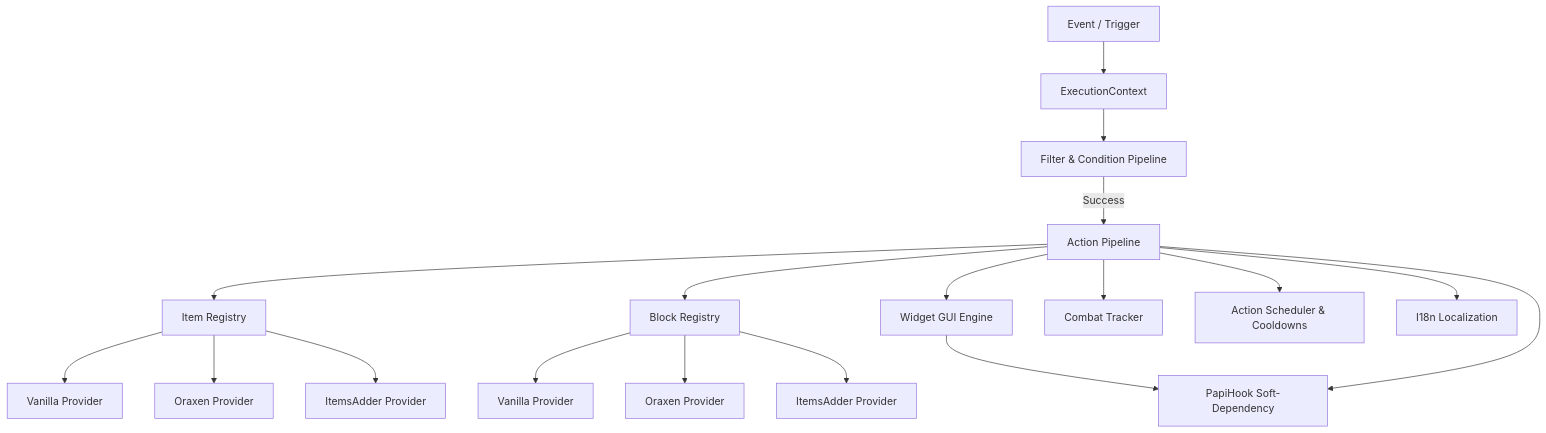
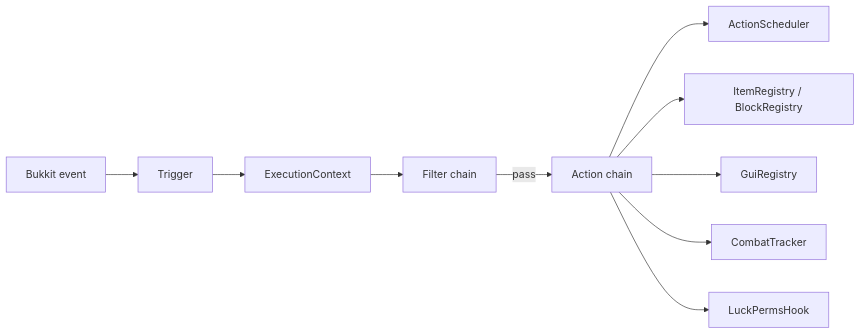
The diagram in docs/en/ARCHITECTURE.md (kostin-ak/ActionsAndTriggers), drawn with Mermaid before and after one commit. The commit also changed other lines of this file and 31 other files, not shown here.

````diff
--- a/docs/en/ARCHITECTURE.md
+++ b/docs/en/ARCHITECTURE.md
@@ -12,23 +23,12 @@
 ```mermaid
-graph TD
-    Trigger[Event / Trigger] --> Context[ExecutionContext]
-    Context --> FilterPipeline[Filter & Condition Pipeline]
-    FilterPipeline -->|Success| ActionPipeline[Action Pipeline]
-    ActionPipeline --> ItemRegistry[Item Registry]
-    ActionPipeline --> BlockRegistry[Block Registry]
-    ActionPipeline --> GuiEngine[Widget GUI Engine]
-    ActionPipeline --> CombatTracker[Combat Tracker]
-    ActionPipeline --> Scheduler[Action Scheduler & Cooldowns]
-    
-    ItemRegistry --> VanillaItem[Vanilla Provider]
-    ItemRegistry --> OraxenItem[Oraxen Provider]
-    ItemRegistry --> IAItem[ItemsAdder Provider]
-    
-    BlockRegistry --> VanillaBlock[Vanilla Provider]
-    BlockRegistry --> OraxenBlock[Oraxen Provider]
-    BlockRegistry --> IABlock[ItemsAdder Provider]
-    
-    GuiEngine --> PapiHook[PapiHook Soft-Dependency]
-    ActionPipeline --> PapiHook
-    ActionPipeline --> I18n[I18n Localization]
+graph LR
+    Event[Bukkit event] --> Trigger[Trigger]
+    Trigger --> Context[ExecutionContext]
+    Context --> Filters[Filter chain]
+    Filters -->|pass| Actions[Action chain]
+    Actions --> Scheduler[ActionScheduler]
+    Actions --> Items[ItemRegistry / BlockRegistry]
+    Actions --> Gui[GuiRegistry]
+    Actions --> Combat[CombatTracker]
+    Actions --> Perms[LuckPermsHook]
 ```
````
